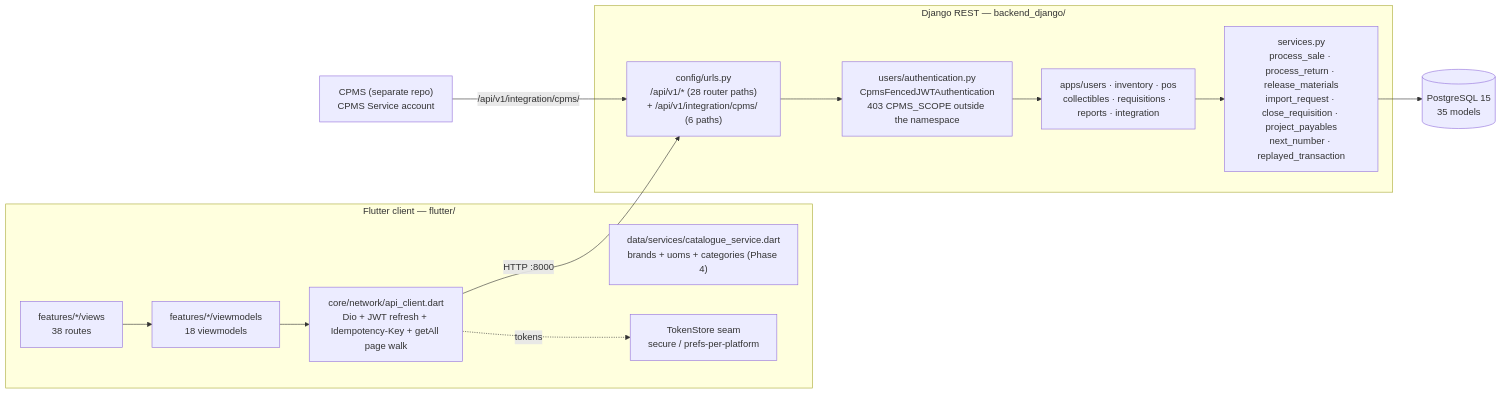
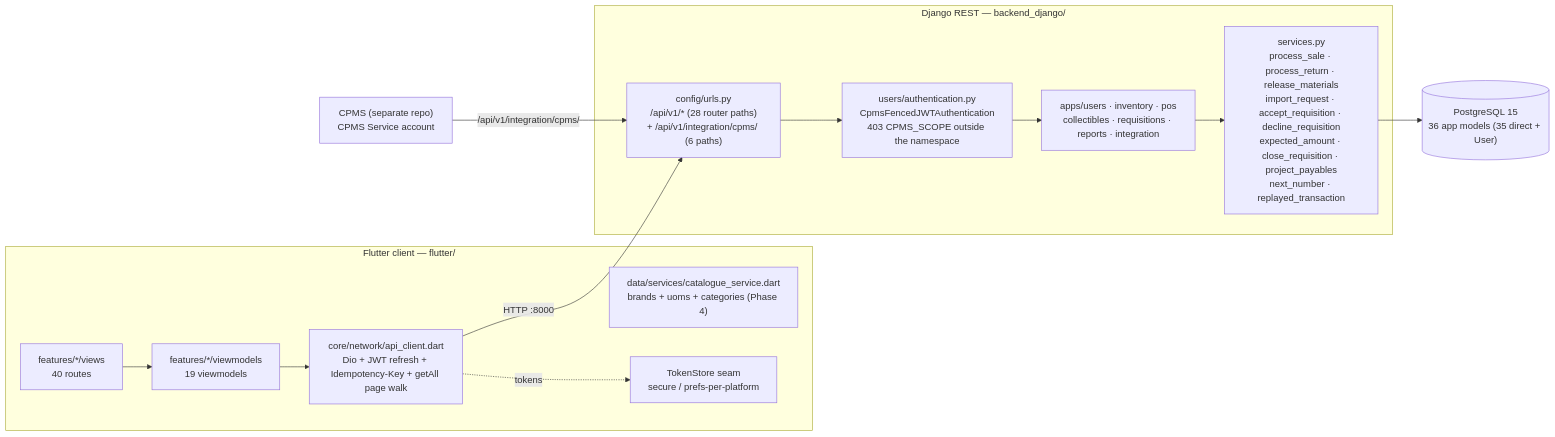
One commit to ziminni/qb_hardwarestore changed the first of 2 diagrams in docs/SYSTEM_ATLAS.md. Above: the diagram before and after it, drawn with Mermaid. The commit also changed other lines of this file and 72 other files, not shown here.

````diff
--- a/docs/SYSTEM_ATLAS.md
+++ b/docs/SYSTEM_ATLAS.md
@@ -13,24 +13,24 @@
 ```mermaid
 flowchart LR
   subgraph Client["Flutter client — flutter/"]
-    UI["features/*/views<br/>38 routes"]
-    VM["features/*/viewmodels<br/>18 viewmodels"]
+    UI["features/*/views<br/>40 routes"]
+    VM["features/*/viewmodels<br/>19 viewmodels"]
     NET["core/network/api_client.dart<br/>Dio + JWT refresh + Idempotency-Key + getAll page walk"]
     CAT["data/services/catalogue_service.dart<br/>brands + uoms + categories (Phase 4)"]
     SEC["TokenStore seam<br/>secure / prefs-per-platform"]
     UI --> VM --> NET
     NET -. tokens .-> SEC
   end
   subgraph Server["Django REST — backend_django/"]
     URLS["config/urls.py<br/>/api/v1/* (28 router paths)<br/>+ /api/v1/integration/cpms/ (6 paths)"]
     AUTH["users/authentication.py<br/>CpmsFencedJWTAuthentication<br/>403 CPMS_SCOPE outside the namespace"]
     APPS["apps/users · inventory · pos<br/>collectibles · requisitions · reports · integration"]
-    SVC["services.py<br/>process_sale · process_return · release_materials<br/>import_request · close_requisition · project_payables<br/>next_number · replayed_transaction"]
+    SVC["services.py<br/>process_sale · process_return · release_materials<br/>import_request · accept_requisition · decline_requisition<br/>expected_amount · close_requisition · project_payables<br/>next_number · replayed_transaction"]
     URLS --> AUTH --> APPS --> SVC
   end
   CPMS["CPMS (separate repo)<br/>CPMS Service account"]
-  DB[("PostgreSQL 15<br/>35 models")]
+  DB[("PostgreSQL 15<br/>36 app models (35 direct + User)")]
   NET -- "HTTP :8000" --> URLS
   CPMS -- "/api/v1/integration/cpms/" --> URLS
   SVC --> DB
 ```
````
